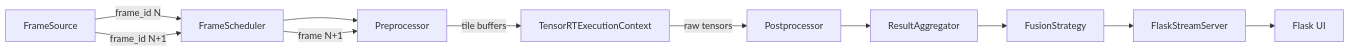
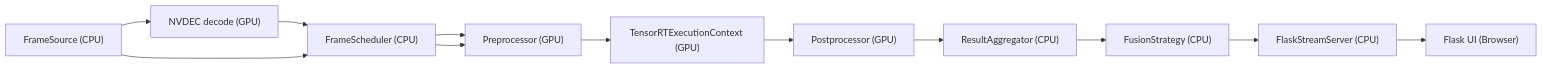
One commit to Nutz95/PeopleCounter changed the first of 4 diagrams in app_v2/README_ARCHI.md. Above: the diagram before and after it, drawn with Mermaid. The commit also changed other lines of this file and 8 other files, not shown here.

````diff
--- a/app_v2/README_ARCHI.md
+++ b/app_v2/README_ARCHI.md
@@ -13,13 +20,14 @@
 ```mermaid
 flowchart LR
-    FrameSource -->|frame_id N| FrameScheduler
+    FrameSource["FrameSource (CPU)"] --> NVDEC["NVDEC decode (GPU)"]
+    NVDEC --> FrameScheduler["FrameScheduler (CPU)"]
+    FrameScheduler --> Preprocessor["Preprocessor (GPU)"]
+    Preprocessor --> TensorRTExecutionContext["TensorRTExecutionContext (GPU)"]
+    TensorRTExecutionContext --> Postprocessor["Postprocessor (GPU)"]
+    Postprocessor --> ResultAggregator["ResultAggregator (CPU)"]
+    ResultAggregator --> FusionStrategy["FusionStrategy (CPU)"]
+    FusionStrategy --> FlaskStreamServer["FlaskStreamServer (CPU)"]
+    FlaskStreamServer --> UI["Flask UI (Browser)"]
     FrameScheduler --> Preprocessor
-    Preprocessor -->|tile buffers| TensorRTExecutionContext
-    TensorRTExecutionContext -->|raw tensors| Postprocessor
-    Postprocessor --> ResultAggregator
-    ResultAggregator --> FusionStrategy
-    FusionStrategy --> FlaskStreamServer
-    FlaskStreamServer --> UI[Flask UI]
-    FrameScheduler -->|frame N+1| Preprocessor
-    FrameSource -->|frame_id N+1| FrameScheduler
+    FrameSource --> FrameScheduler
 ```
````
